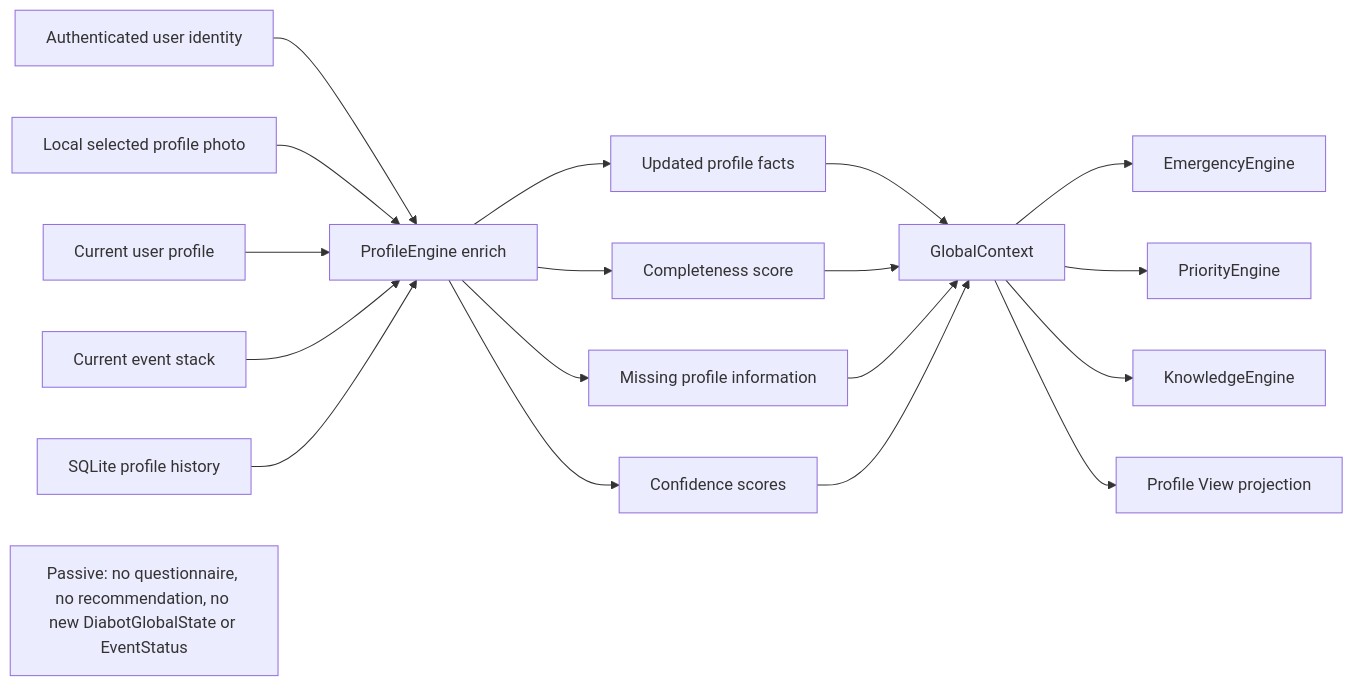
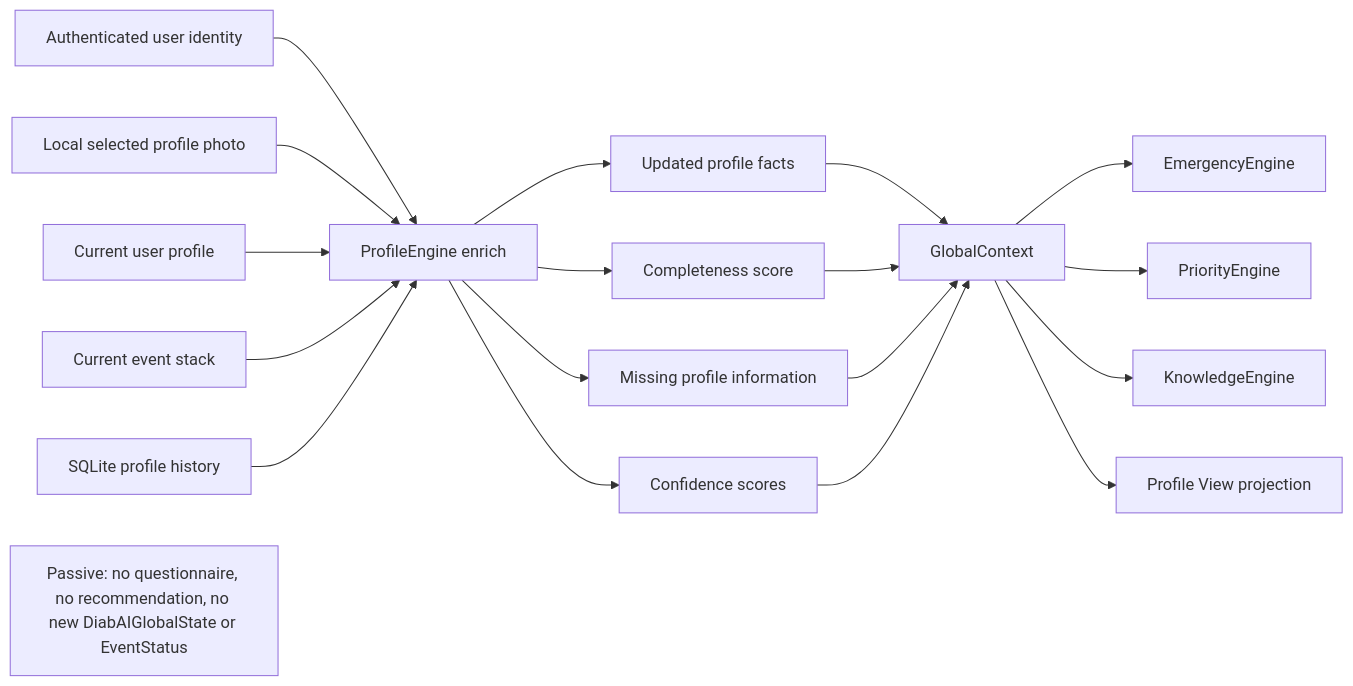
One commit to bioduds/diabot changed the diagram in diabot/docs/fsm/profile_engine.mmd. Above: the diagram before and after it, drawn with Mermaid. The commit also changed 55 other files, not shown here.

```diff
--- a/diabot/docs/fsm/profile_engine.mmd
+++ b/diabot/docs/fsm/profile_engine.mmd
@@ -1,25 +1,25 @@
 %% fsm-contract: {"profileFields":["name","email","photoUrl","diabetesType","weightKg","heightCm","ageYears","sex","cgm","insulinPump","insulinTypes","insulinCarbRatio","correctionFactor","hypoglycemiaUnawareness","diagnosisDuration","knowledgeLevel","interactionMode"],"sources":["authenticated-user","current-profile","event-stack","sqlite-history"],"outputs":["updated-profile","completeness-score","missing-information","confidence-scores"],"consumers":["emergency","priority","knowledge","profile-view"],"persistence":"sqlite-profile-snapshot","globalStateChange":false,"lifecycleChange":false,"asksQuestions":false,"medicalReasoning":false}
 %% This contract is checked by test/fsm_mermaid_contract_test.dart.
 flowchart LR
   AUTH[Authenticated user identity] --> PROFILE[ProfileEngine enrich]
   LOCAL_PHOTO[Local selected profile photo] --> PROFILE
   CURRENT[Current user profile] --> PROFILE
   STACK[Current event stack] --> PROFILE
   HISTORY[SQLite profile history] --> PROFILE
 
   PROFILE --> FACTS[Updated profile facts]
   PROFILE --> SCORE[Completeness score]
   PROFILE --> MISSING[Missing profile information]
   PROFILE --> CONFIDENCE[Confidence scores]
 
   FACTS --> CONTEXT[GlobalContext]
   SCORE --> CONTEXT
   MISSING --> CONTEXT
   CONFIDENCE --> CONTEXT
 
   CONTEXT --> EMERGENCY[EmergencyEngine]
   CONTEXT --> PRIORITY[PriorityEngine]
   CONTEXT --> KNOWLEDGE[KnowledgeEngine]
   CONTEXT --> VIEW[Profile View projection]
 
-  NOTE[Passive: no questionnaire, no recommendation, no new DiabotGlobalState or EventStatus]
+  NOTE[Passive: no questionnaire, no recommendation, no new DiabAIGlobalState or EventStatus]
```
